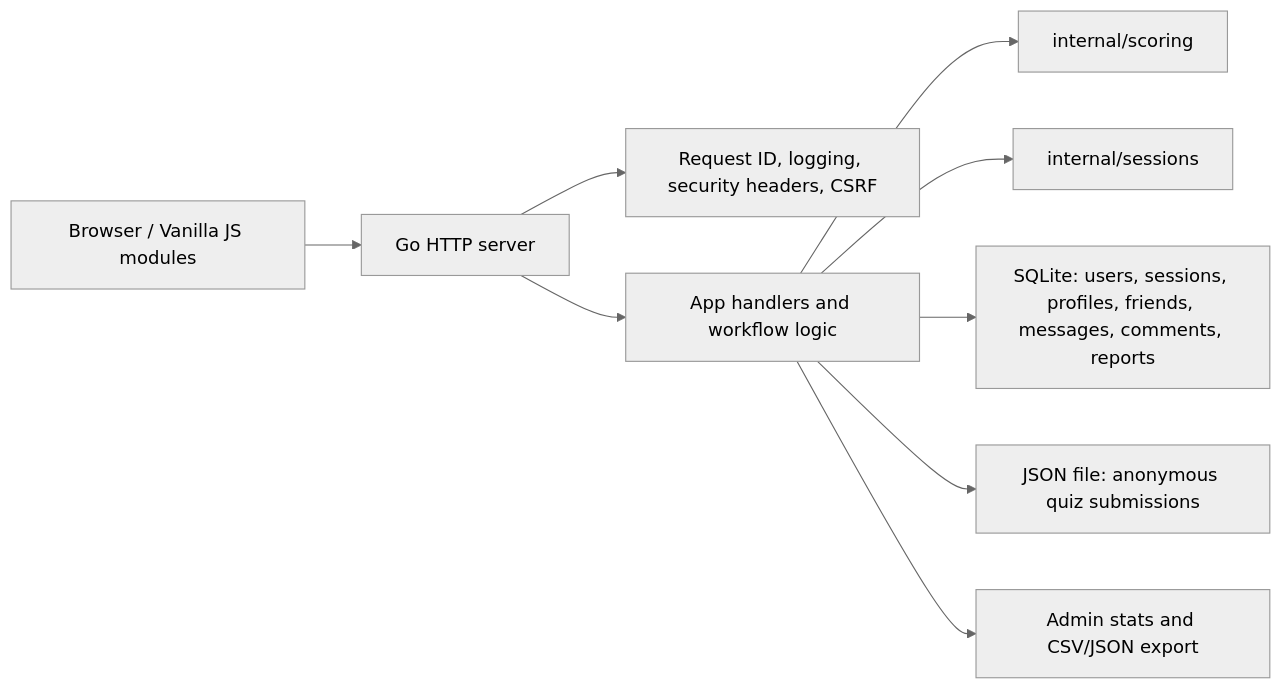
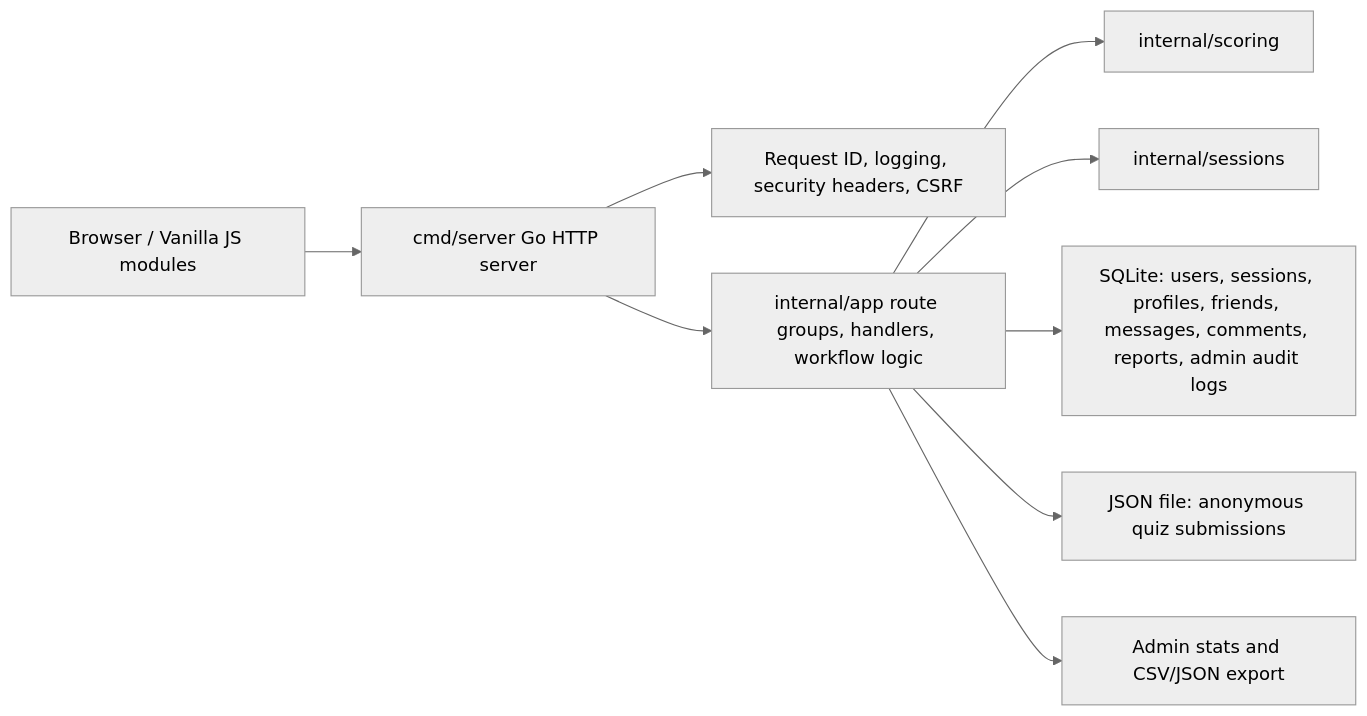
Before and after one commit to lqhiyul/personality-type-test: the diagram in docs/architecture.md, drawn with Mermaid (neutral theme). The commit also changed other lines of this file and 33 other files, not shown here.

````diff
--- a/docs/architecture.md
+++ b/docs/architecture.md
@@ -5,11 +5,11 @@
 ```mermaid
 flowchart LR
-  Browser["Browser / Vanilla JS modules"] --> HTTP["Go HTTP server"]
+  Browser["Browser / Vanilla JS modules"] --> HTTP["cmd/server Go HTTP server"]
   HTTP --> Middleware["Request ID, logging, security headers, CSRF"]
-  HTTP --> App["App handlers and workflow logic"]
+  HTTP --> App["internal/app route groups, handlers, workflow logic"]
   App --> Scoring["internal/scoring"]
   App --> Sessions["internal/sessions"]
-  App --> SQLite["SQLite: users, sessions, profiles, friends, messages, comments, reports"]
+  App --> SQLite["SQLite: users, sessions, profiles, friends, messages, comments, reports, admin audit logs"]
   App --> JSON["JSON file: anonymous quiz submissions"]
   App --> Admin["Admin stats and CSV/JSON export"]
 ```
````
